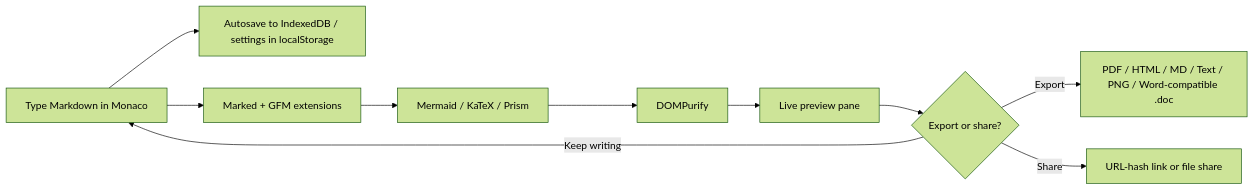
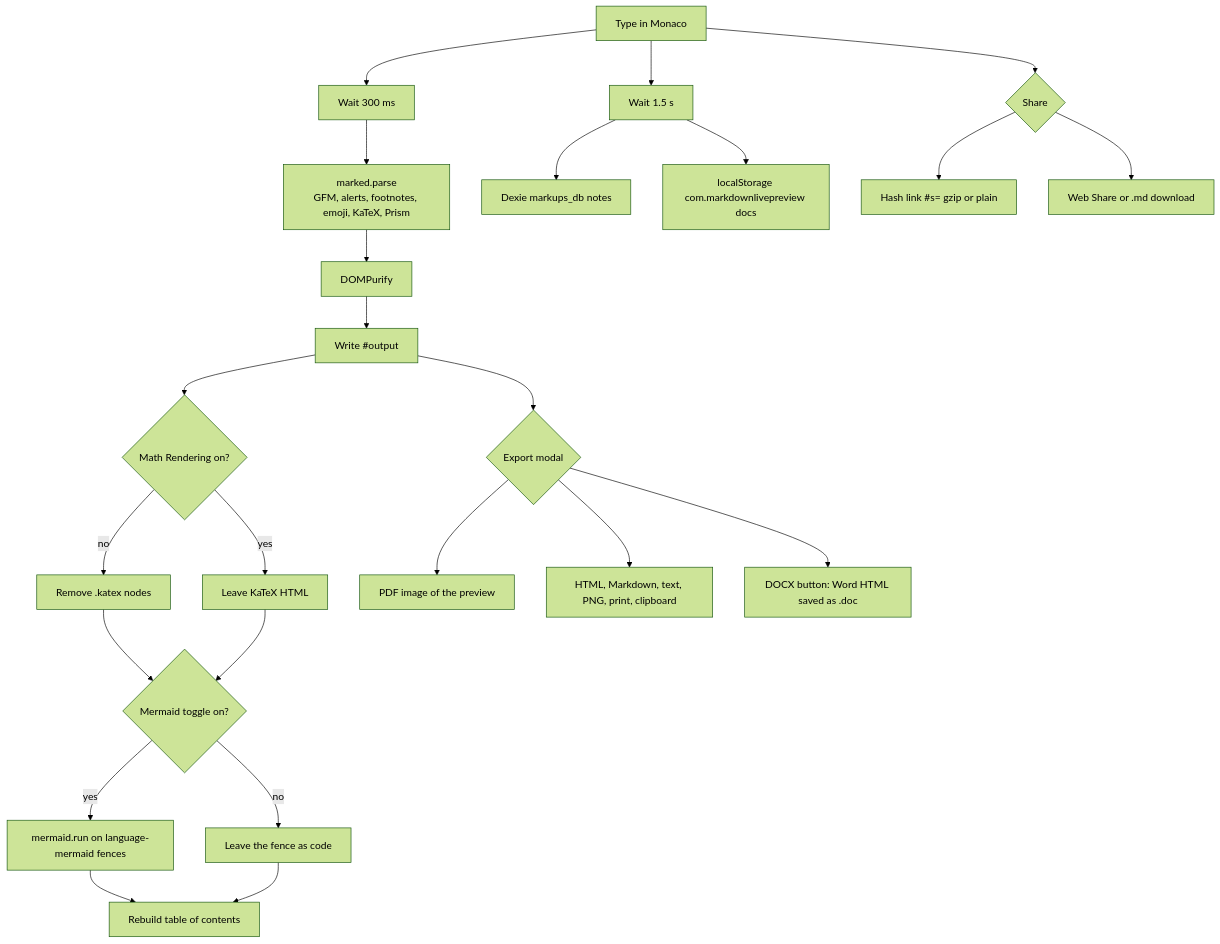
Before and after one commit to Nir-Bhay/markups: the diagram in README.md, drawn with Mermaid (forest theme). The commit also changed other lines of this file and 2 other files, not shown here.

First line of the commit message:
Describe the hosted editor from the code and the live site

````diff
--- a/README.md
+++ b/README.md
@@ -85,12 +132,26 @@
 ```mermaid
-flowchart LR
-  A[Type Markdown in Monaco] --> B[Autosave to IndexedDB / settings in localStorage]
-  A --> C[Marked + GFM extensions]
-  C --> D[Mermaid / KaTeX / Prism]
-  D --> E[DOMPurify]
-  E --> F[Live preview pane]
-  F --> G{Export or share?}
-  G -->|Export| H[PDF / HTML / MD / Text / PNG / Word-compatible .doc]
-  G -->|Share| I[URL-hash link or file share]
-  G -->|Keep writing| A
+flowchart TD
+  A[Type in Monaco] --> B[Wait 300 ms]
+  A --> S[Wait 1.5 s]
+  B --> C["marked.parse<br/>GFM, alerts, footnotes, emoji, KaTeX, Prism"]
+  C --> D[DOMPurify]
+  D --> E["Write #output"]
+  E --> F{Math Rendering on?}
+  F -->|no| G[Remove .katex nodes]
+  F -->|yes| H[Leave KaTeX HTML]
+  G --> I{Mermaid toggle on?}
+  H --> I
+  I -->|yes| J["mermaid.run on language-mermaid fences"]
+  I -->|no| K[Leave the fence as code]
+  J --> L[Rebuild table of contents]
+  K --> L
+  S --> M["Dexie markups_db notes"]
+  S --> N["localStorage com.markdownlivepreview docs"]
+  E --> O{Export modal}
+  O --> P[PDF image of the preview]
+  O --> Q[HTML, Markdown, text, PNG, print, clipboard]
+  O --> R["DOCX button: Word HTML saved as .doc"]
+  A --> T{Share}
+  T --> U["Hash link #s= gzip or plain"]
+  T --> V[Web Share or .md download]
 ```
````
